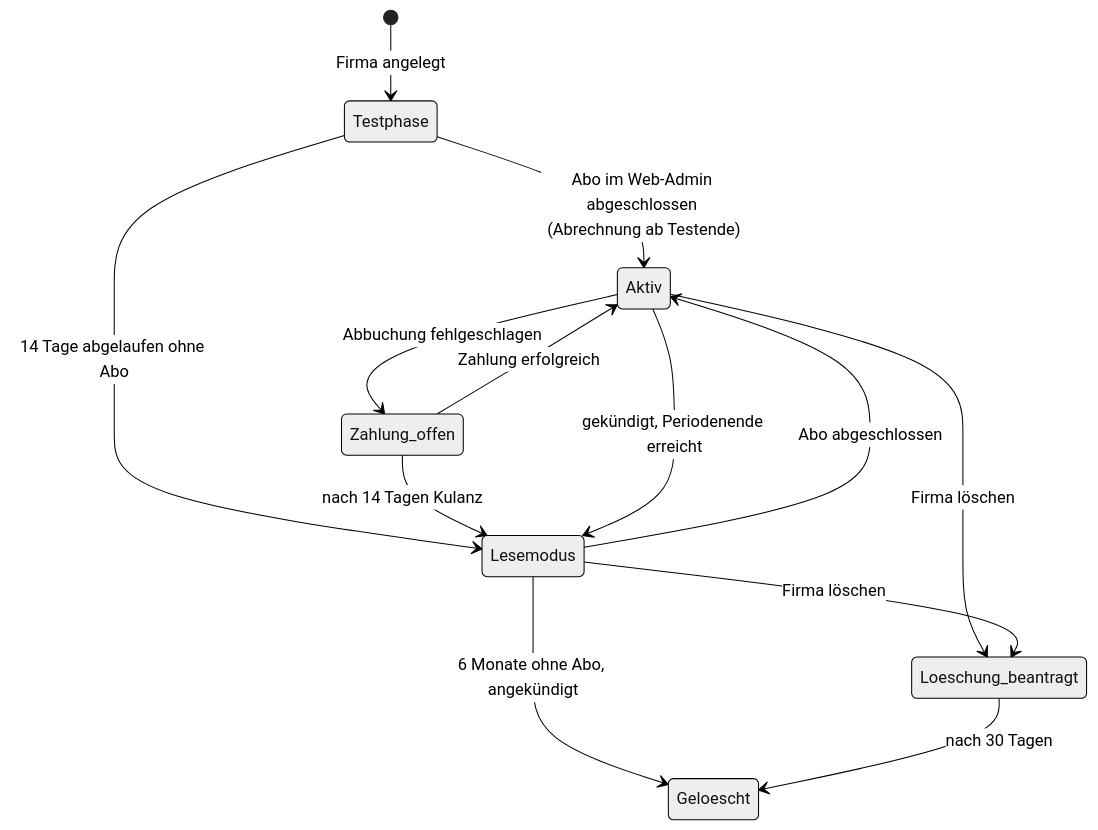
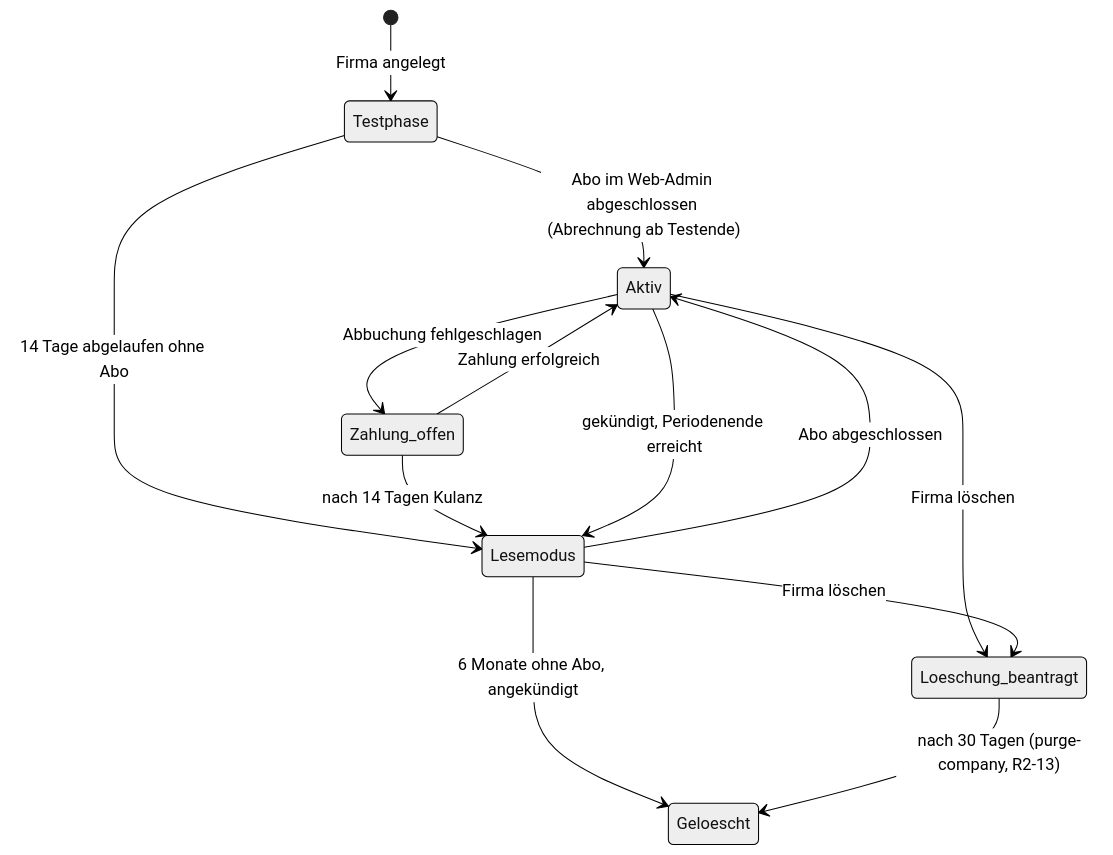
Before and after one commit to Maddin1337/catering-app: the fifth of 5 diagrams in docs/01-produkt.md, drawn with Mermaid (neutral theme). The commit also changed other lines of this file and 3 other files, not shown here.

````diff
--- a/docs/01-produkt.md
+++ b/docs/01-produkt.md
@@ -1383,15 +1396,15 @@
 ```mermaid
 stateDiagram-v2
     [*] --> Testphase: Firma angelegt
     Testphase --> Aktiv: Abo im Web-Admin abgeschlossen (Abrechnung ab Testende)
     Testphase --> Lesemodus: 14 Tage abgelaufen ohne Abo
     Aktiv --> Zahlung_offen: Abbuchung fehlgeschlagen
     Zahlung_offen --> Aktiv: Zahlung erfolgreich
     Zahlung_offen --> Lesemodus: nach 14 Tagen Kulanz
     Aktiv --> Lesemodus: gekündigt, Periodenende erreicht
     Lesemodus --> Aktiv: Abo abgeschlossen
     Lesemodus --> Geloescht: 6 Monate ohne Abo, angekündigt
     Aktiv --> Loeschung_beantragt: Firma löschen
     Lesemodus --> Loeschung_beantragt: Firma löschen
-    Loeschung_beantragt --> Geloescht: nach 30 Tagen
+    Loeschung_beantragt --> Geloescht: nach 30 Tagen (purge-company, R2-13)
 ```
````
